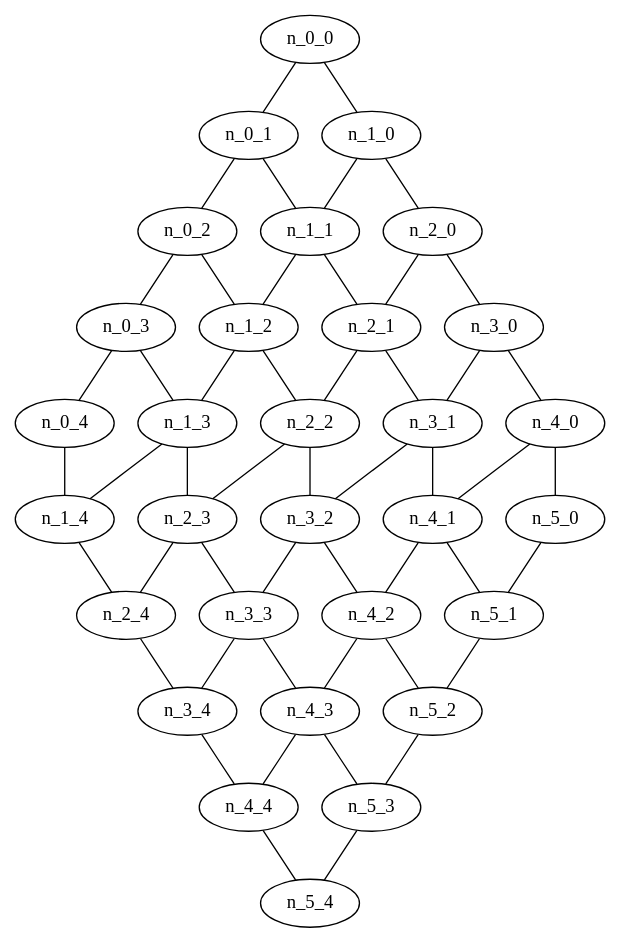
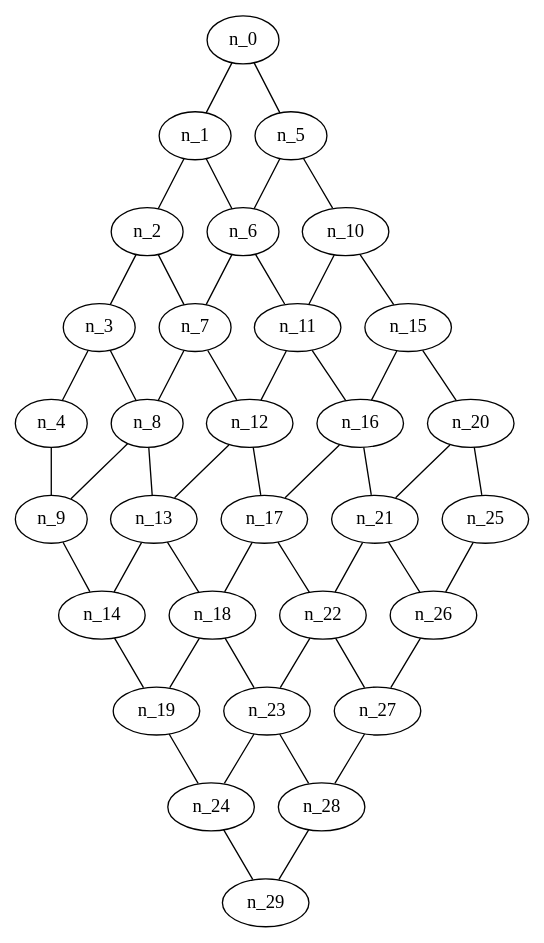
The diagram in Proyecto2/30 Nodos/Malla/grafoMalla_6_5.gv (AkatzinBH/DAA), drawn with Graphviz before and after one commit. The commit also changed 3 other files, not shown here.

```diff
--- a/Proyecto2/30 Nodos/Malla/grafoMalla_6_5.gv
+++ b/Proyecto2/30 Nodos/Malla/grafoMalla_6_5.gv
@@ -1,81 +1,81 @@
 graph grafoMalla_6_5  {
-n_0_0;
-n_0_1;
-n_0_2;
-n_0_3;
-n_0_4;
-n_1_0;
-n_1_1;
-n_1_2;
-n_1_3;
-n_1_4;
-n_2_0;
-n_2_1;
-n_2_2;
-n_2_3;
-n_2_4;
-n_3_0;
-n_3_1;
-n_3_2;
-n_3_3;
-n_3_4;
-n_4_0;
-n_4_1;
-n_4_2;
-n_4_3;
-n_4_4;
-n_5_0;
-n_5_1;
-n_5_2;
-n_5_3;
-n_5_4;
-n_0_0 -- n_1_0;
-n_0_0 -- n_0_1;
-n_0_1 -- n_1_1;
-n_0_1 -- n_0_2;
-n_0_2 -- n_1_2;
-n_0_2 -- n_0_3;
-n_0_3 -- n_1_3;
-n_0_3 -- n_0_4;
-n_0_4 -- n_1_4;
-n_1_0 -- n_2_0;
-n_1_0 -- n_1_1;
-n_1_1 -- n_2_1;
-n_1_1 -- n_1_2;
-n_1_2 -- n_2_2;
-n_1_2 -- n_1_3;
-n_1_3 -- n_2_3;
-n_1_3 -- n_1_4;
-n_1_4 -- n_2_4;
-n_2_0 -- n_3_0;
-n_2_0 -- n_2_1;
-n_2_1 -- n_3_1;
-n_2_1 -- n_2_2;
-n_2_2 -- n_3_2;
-n_2_2 -- n_2_3;
-n_2_3 -- n_3_3;
-n_2_3 -- n_2_4;
-n_2_4 -- n_3_4;
-n_3_0 -- n_4_0;
-n_3_0 -- n_3_1;
-n_3_1 -- n_4_1;
-n_3_1 -- n_3_2;
-n_3_2 -- n_4_2;
-n_3_2 -- n_3_3;
-n_3_3 -- n_4_3;
-n_3_3 -- n_3_4;
-n_3_4 -- n_4_4;
-n_4_0 -- n_5_0;
-n_4_0 -- n_4_1;
-n_4_1 -- n_5_1;
-n_4_1 -- n_4_2;
-n_4_2 -- n_5_2;
-n_4_2 -- n_4_3;
-n_4_3 -- n_5_3;
-n_4_3 -- n_4_4;
-n_4_4 -- n_5_4;
-n_5_0 -- n_5_1;
-n_5_1 -- n_5_2;
-n_5_2 -- n_5_3;
-n_5_3 -- n_5_4;
+n_0;
+n_1;
+n_2;
+n_3;
+n_4;
+n_5;
+n_6;
+n_7;
+n_8;
+n_9;
+n_10;
+n_11;
+n_12;
+n_13;
+n_14;
+n_15;
+n_16;
+n_17;
+n_18;
+n_19;
+n_20;
+n_21;
+n_22;
+n_23;
+n_24;
+n_25;
+n_26;
+n_27;
+n_28;
+n_29;
+n_0 -- n_5;
+n_0 -- n_1;
+n_1 -- n_6;
+n_1 -- n_2;
+n_2 -- n_7;
+n_2 -- n_3;
+n_3 -- n_8;
+n_3 -- n_4;
+n_4 -- n_9;
+n_5 -- n_10;
+n_5 -- n_6;
+n_6 -- n_11;
+n_6 -- n_7;
+n_7 -- n_12;
+n_7 -- n_8;
+n_8 -- n_13;
+n_8 -- n_9;
+n_9 -- n_14;
+n_10 -- n_15;
+n_10 -- n_11;
+n_11 -- n_16;
+n_11 -- n_12;
+n_12 -- n_17;
+n_12 -- n_13;
+n_13 -- n_18;
+n_13 -- n_14;
+n_14 -- n_19;
+n_15 -- n_20;
+n_15 -- n_16;
+n_16 -- n_21;
+n_16 -- n_17;
+n_17 -- n_22;
+n_17 -- n_18;
+n_18 -- n_23;
+n_18 -- n_19;
+n_19 -- n_24;
+n_20 -- n_25;
+n_20 -- n_21;
+n_21 -- n_26;
+n_21 -- n_22;
+n_22 -- n_27;
+n_22 -- n_23;
+n_23 -- n_28;
+n_23 -- n_24;
+n_24 -- n_29;
+n_25 -- n_26;
+n_26 -- n_27;
+n_27 -- n_28;
+n_28 -- n_29;
 }
```
